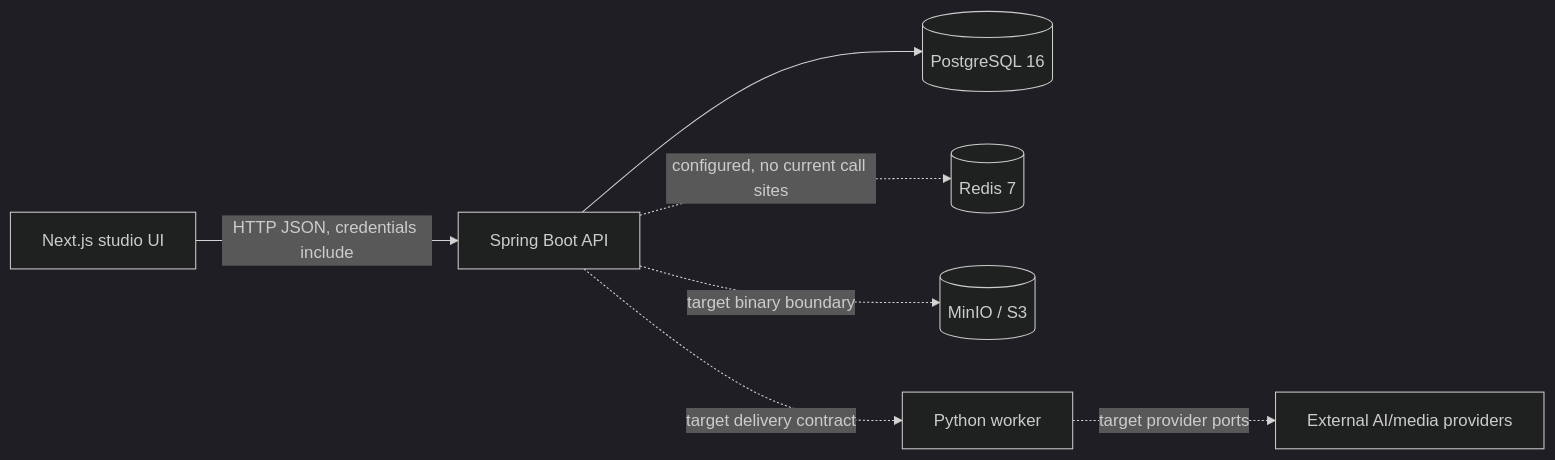
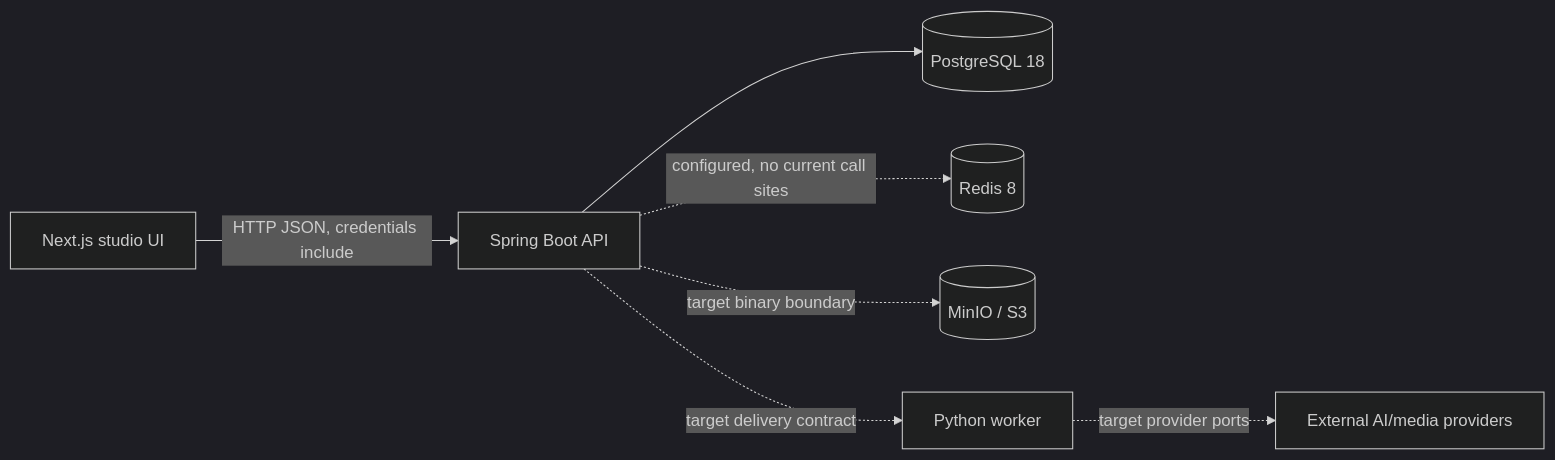
Before and after one commit to huongni2201/NarrativeX: the diagram in documentation/codebase/CODEBASE_MAP.md, drawn with Mermaid (dark theme). The commit also changed other lines of this file and 46 other files, not shown here.

````diff
--- a/documentation/codebase/CODEBASE_MAP.md
+++ b/documentation/codebase/CODEBASE_MAP.md
@@ -25,9 +25,9 @@
 ```mermaid
 flowchart LR
   FE[Next.js studio UI] -->|HTTP JSON, credentials include| BE[Spring Boot API]
-  BE --> PG[(PostgreSQL 16)]
-  BE -. configured, no current call sites .-> R[(Redis 7)]
+  BE --> PG[(PostgreSQL 18)]
+  BE -. configured, no current call sites .-> R[(Redis 8)]
   BE -. target binary boundary .-> S[(MinIO / S3)]
   BE -. target delivery contract .-> W[Python worker]
   W -. target provider ports .-> P[External AI/media providers]
 ```
````
